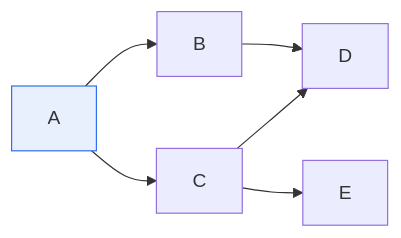
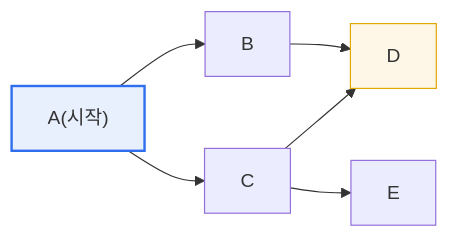
The first of 2 diagrams in content/dag-topological-sort.md (coninggu/wjdqhrhksflrltnftk), drawn with Mermaid before and after one commit. The commit also changed other lines of this file and 3 other files, not shown here.

````diff
--- a/content/dag-topological-sort.md
+++ b/content/dag-topological-sort.md
@@ -21,7 +36,10 @@
 ```mermaid
 flowchart LR
-  A --> B --> D
-  A --> C --> D
-  C --> E
-  style A fill:#e8f0fe,stroke:#2f6fed
+  A["A(시작)"] --> B["B"]
+  A --> C["C"]
+  B --> D["D"]
+  C --> D
+  C --> E["E"]
+  style A fill:#e8f0fe,stroke:#2f6fed,stroke-width:2px
+  style D fill:#fef7e8,stroke:#e0a800
 ```
````
